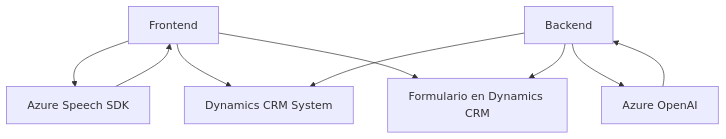
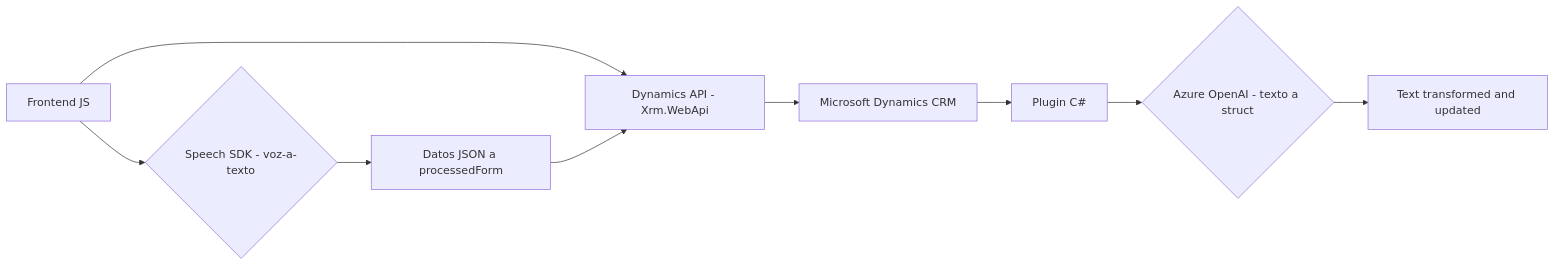
One commit to blopezdm/NETCORE_BILBAO2025 changed the diagram in README.md. Above: the diagram before and after it, drawn with Mermaid. The commit also changed other lines of this file, not shown here.

````diff
--- a/README.md
+++ b/README.md
@@ -42,18 +50,11 @@
 ```mermaid
-graph TD
-    A["Frontend"]
-    B["Backend"]
-    C["Azure Speech SDK"]
-    D["Azure OpenAI"]
-    E["Dynamics CRM System"]
-    F["Formulario en Dynamics CRM"]
-
-    A --> C
-    A --> E
-    A --> F
-    B --> E
-    B --> F
-    B --> D
-    C --> A
-    D --> B
+graph LR
+    A["Frontend JS"] --> B{"Speech SDK - voz-a-texto"}
+    B --> C["Datos JSON a processedForm"]
+    A --> D["Dynamics API - Xrm.WebApi"]
+    C --> D
+    D --> E["Microsoft Dynamics CRM"]
+    E --> F["Plugin C#"]
+    F --> G{"Azure OpenAI - texto a struct"}
+    G --> H["Text transformed and updated"]
 ```
````
